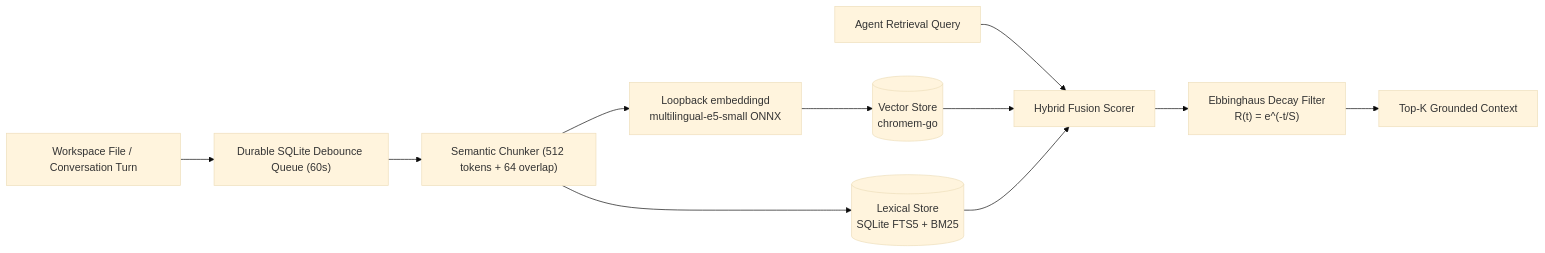
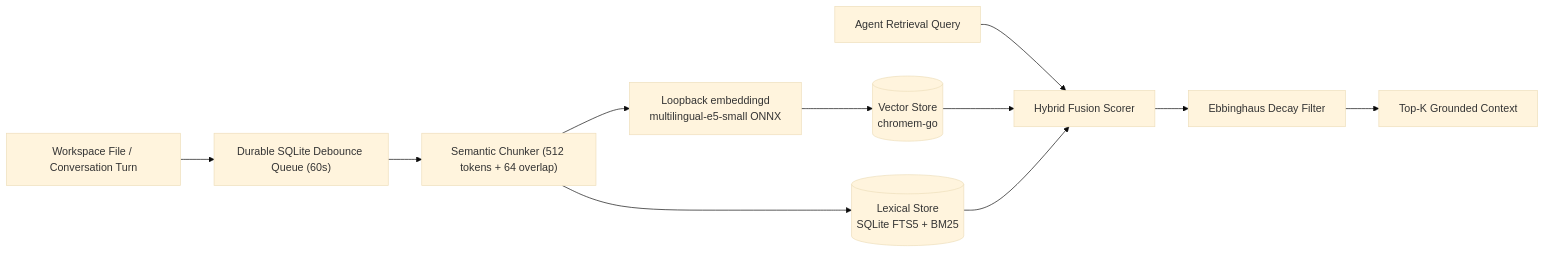
One commit to actonos/docs changed the diagram in docs/advanced-architecture/hybrid-memory-rag.mdx. Above: the diagram before and after it, drawn with Mermaid (base theme). The commit also changed other lines of this file and 2 other files, not shown here.

````diff
--- a/docs/advanced-architecture/hybrid-memory-rag.mdx
+++ b/docs/advanced-architecture/hybrid-memory-rag.mdx
@@ -12,14 +12,14 @@
 ```mermaid
 flowchart LR
     A["Workspace File / Conversation Turn"] --> B["Durable SQLite Debounce Queue (60s)"]
     B --> C["Semantic Chunker (512 tokens + 64 overlap)"]
     C --> D["Loopback embeddingd<br/>multilingual-e5-small ONNX"]
     D --> E[("Vector Store<br/>chromem-go")]
     C --> F[("Lexical Store<br/>SQLite FTS5 + BM25")]
     
     G["Agent Retrieval Query"] --> H["Hybrid Fusion Scorer"]
     E --> H
     F --> H
-    H --> I["Ebbinghaus Decay Filter<br/>R(t) = e^(-t/S)"]
+    H --> I["Ebbinghaus Decay Filter"]
     I --> J["Top-K Grounded Context"]
 ```
````
